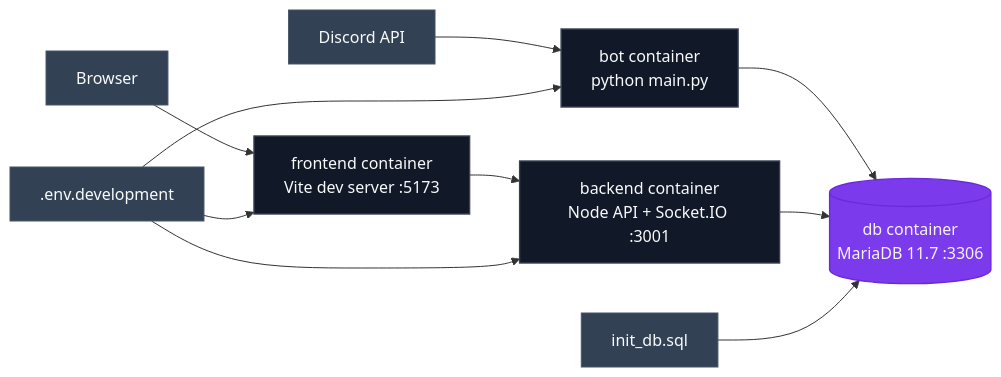
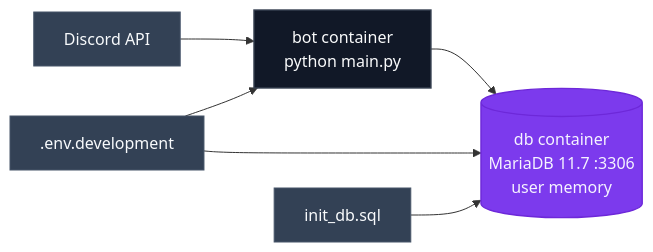
One commit to jobeus/cmwgpt changed the fifth of 5 diagrams in docs/architecture.md. Above: the diagram before and after it, drawn with Mermaid. The commit also changed other lines of this file and 149 other files, not shown here.

````diff
--- a/docs/architecture.md
+++ b/docs/architecture.md
@@ -241,17 +239,13 @@
 ```mermaid
 flowchart LR
     classDef ext fill:#334155,color:#f8fafc,stroke:#475569,stroke-width:1px;
     classDef ctr fill:#111827,color:#f9fafb,stroke:#374151,stroke-width:1.4px;
     classDef db fill:#7c3aed,color:#f5f3ff,stroke:#6d28d9,stroke-width:1.4px;
 
     Discord[Discord API]:::ext --> Bot[bot container<br/>python main.py]:::ctr
-    Browser[Browser]:::ext --> Frontend[frontend container<br/>Vite dev server :5173]:::ctr
-    Frontend --> Backend[backend container<br/>Node API + Socket.IO :3001]:::ctr
-    Bot --> Maria[(db container<br/>MariaDB 11.7 :3306)]:::db
-    Backend --> Maria
+    Bot --> Maria[(db container<br/>MariaDB 11.7 :3306<br/>user memory)]:::db
 
     Env[.env.development]:::ext --> Bot
-    Env --> Backend
-    Env --> Frontend
+    Env --> Maria
     SQL[init_db.sql]:::ext --> Maria
 ```
````
